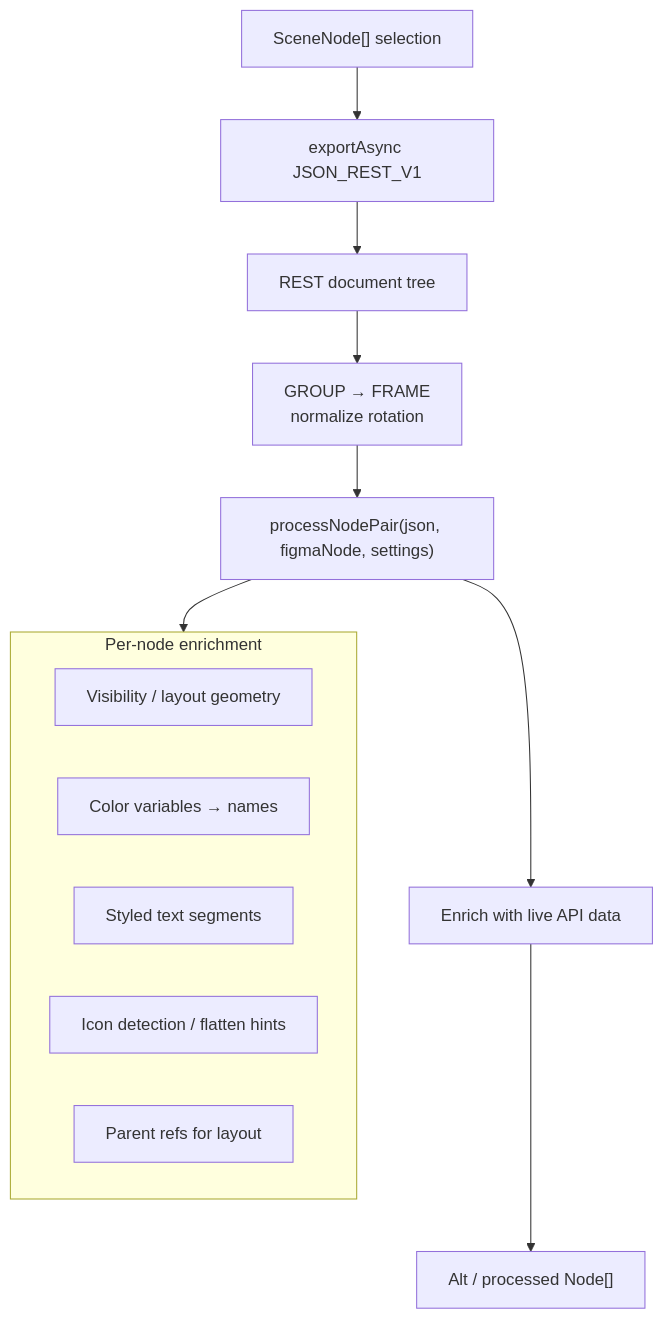
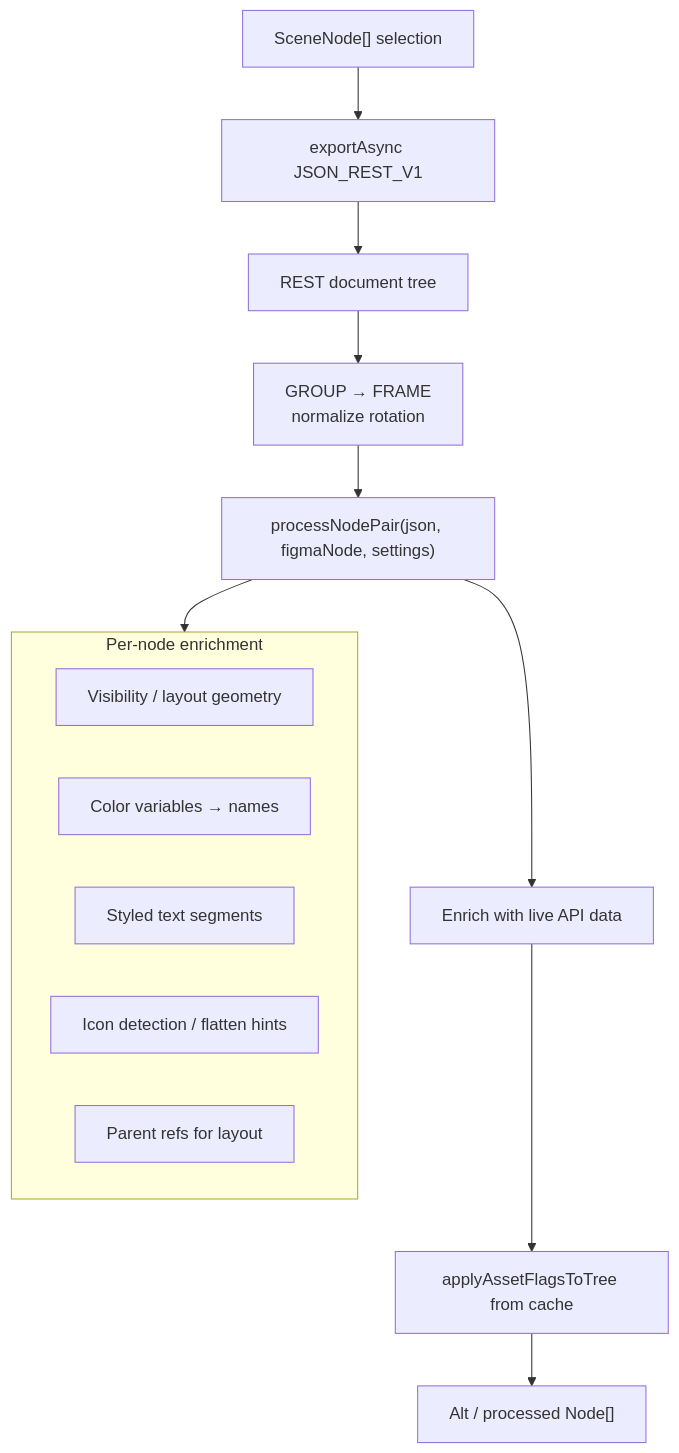
The fourth of 9 diagrams in docs/logic.md (CodeByStella/FIGMA2CODE), drawn with Mermaid before and after one commit. The commit also changed other lines of this file and 72 other files, not shown here.

````diff
--- a/docs/logic.md
+++ b/docs/logic.md
@@ -114,19 +113,20 @@
 ```mermaid
 flowchart TD
   Sel["SceneNode[] selection"] --> Exp["exportAsync JSON_REST_V1"]
   Exp --> Doc["REST document tree"]
   Doc --> Fix["GROUP → FRAME<br/>normalize rotation"]
   Fix --> Pair["processNodePair(json, figmaNode, settings)"]
   Pair --> Enrich["Enrich with live API data"]
-  Enrich --> Out["Alt / processed Node[]"]
+  Enrich --> Flags["applyAssetFlagsToTree from cache"]
+  Flags --> Out["Alt / processed Node[]"]
 
   subgraph EnrichDetail["Per-node enrichment"]
     V["Visibility / layout geometry"]
     C["Color variables → names"]
     T["Styled text segments"]
     I["Icon detection / flatten hints"]
     P["Parent refs for layout"]
   end
 
   Pair --> EnrichDetail
 ```
````
